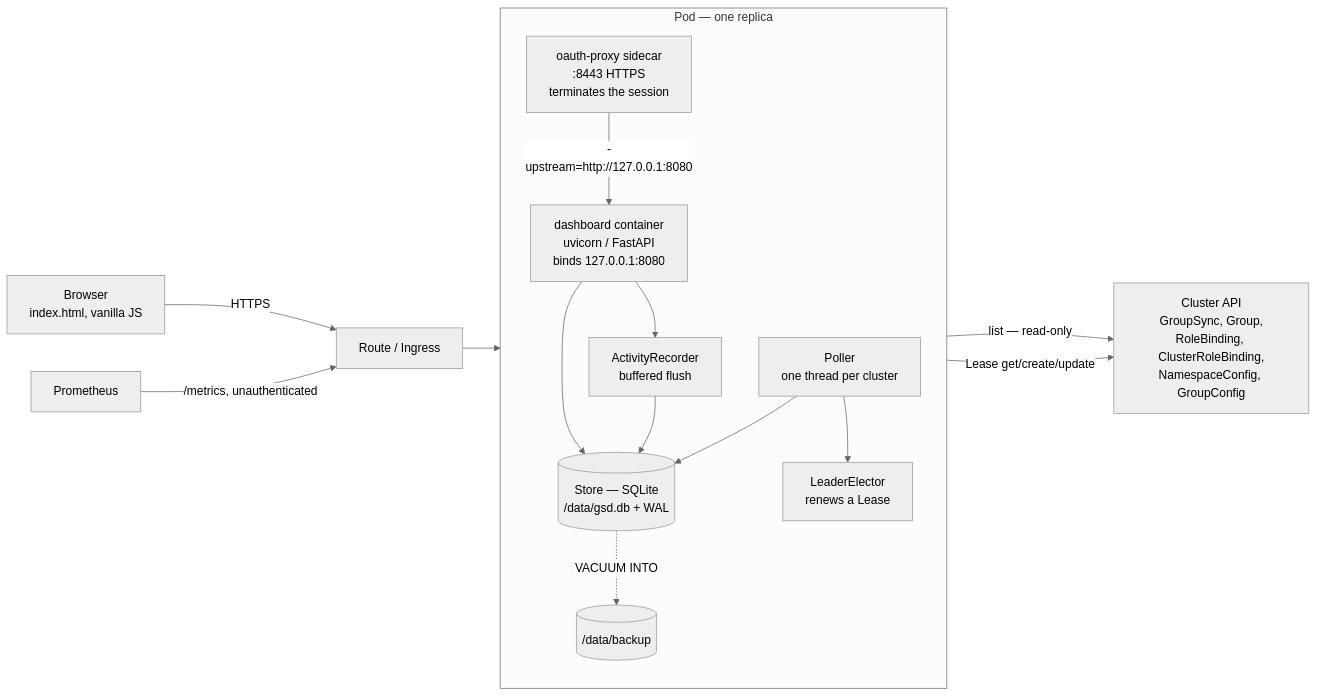
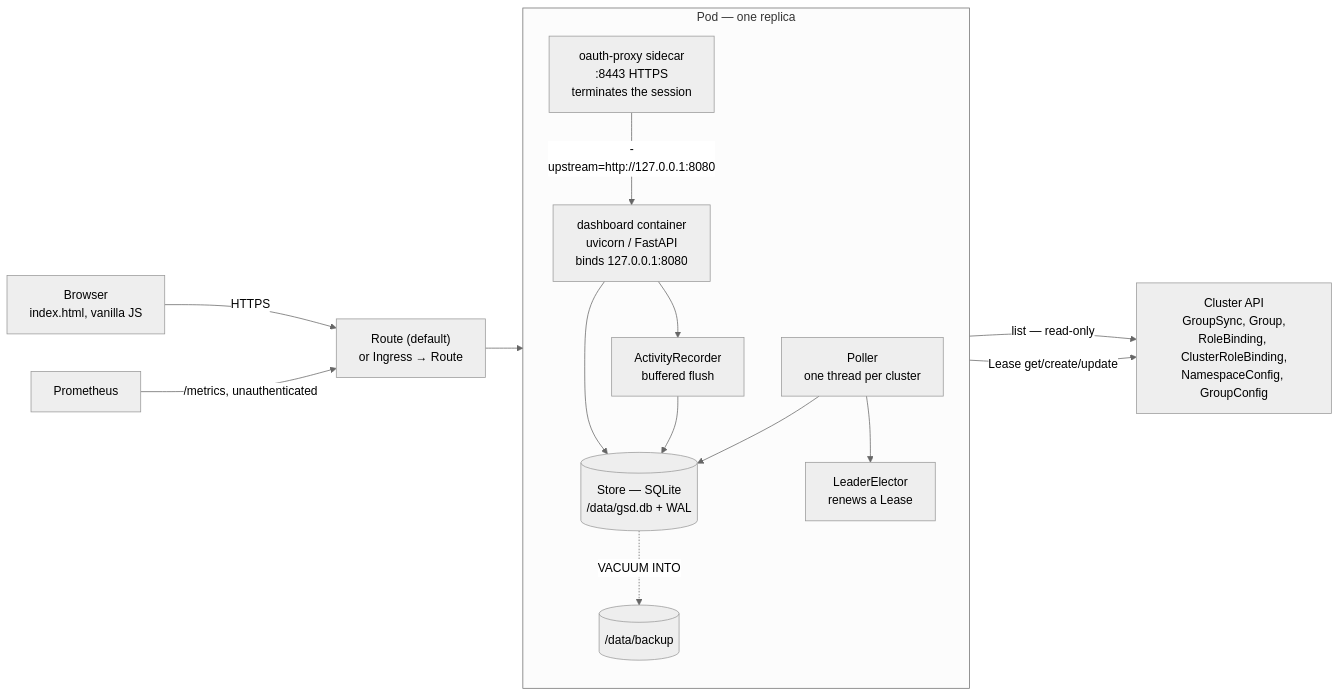
One commit to ephico2real2/group-sync-dashboard changed the second of 10 diagrams in docs/reference-architecture.md. Above: the diagram before and after it, drawn with Mermaid (neutral theme). The commit also changed other lines of this file and 5 other files, not shown here.

````diff
--- a/docs/reference-architecture.md
+++ b/docs/reference-architecture.md
@@ -154,29 +154,29 @@
 ```mermaid
 flowchart LR
-  browser["Browser<br/>index.html, vanilla JS"] -->|HTTPS| route["Route / Ingress"]
+  browser["Browser<br/>index.html, vanilla JS"] -->|HTTPS| route["Route (default)<br/>or Ingress → Route"]
   prom["Prometheus"] -->|"/metrics, unauthenticated"| route
 
   subgraph pod["Pod — one replica"]
     direction TB
     proxy["oauth-proxy sidecar<br/>:8443 HTTPS<br/>terminates the session"]
     app["dashboard container<br/>uvicorn / FastAPI<br/>binds 127.0.0.1:8080"]
     poll["Poller<br/>one thread per cluster"]
     lease["LeaderElector<br/>renews a Lease"]
     act["ActivityRecorder<br/>buffered flush"]
     store[("Store — SQLite<br/>/data/gsd.db + WAL")]
     backup[("/data/backup")]
 
     proxy -->|"-upstream=http://127.0.0.1:8080"| app
     app --> store
     app --> act
     act --> store
     poll --> store
     poll --> lease
     store -.->|"VACUUM INTO"| backup
   end
 
   route --> proxy
   k8s["Cluster API<br/>GroupSync, Group,<br/>RoleBinding, ClusterRoleBinding,<br/>NamespaceConfig, GroupConfig"]
   poll -->|"list — read-only"| k8s
   lease -->|"Lease get/create/update"| k8s
 ```
````
